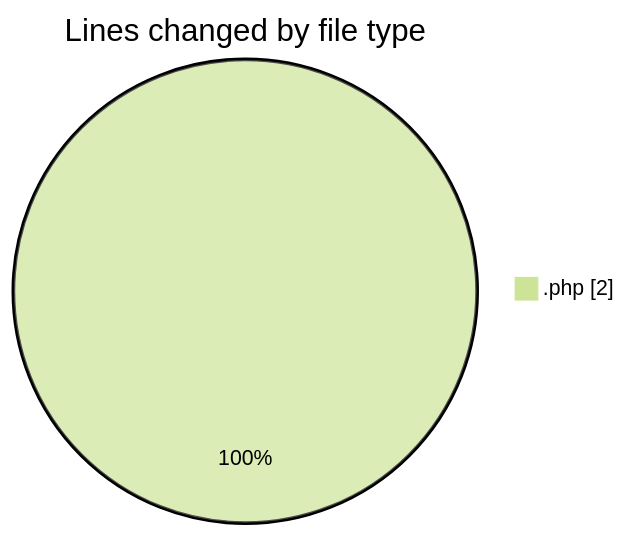
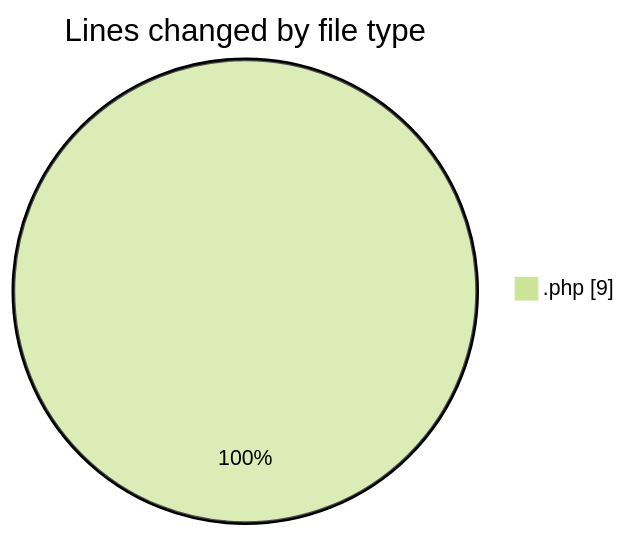
One commit to LanceThiago/code-tracking changed the first of 2 diagrams in 2026-04-24/oficina/README.md. Above: the diagram before and after it, drawn with Mermaid (forest theme). The commit also changed other lines of this file and 1 other file, not shown here.

````diff
--- a/2026-04-24/oficina/README.md
+++ b/2026-04-24/oficina/README.md
@@ -20,5 +20,5 @@
 ```mermaid
 pie showData
 title Lines changed by file type
-".php" : 2
+".php" : 9
 ```
````
